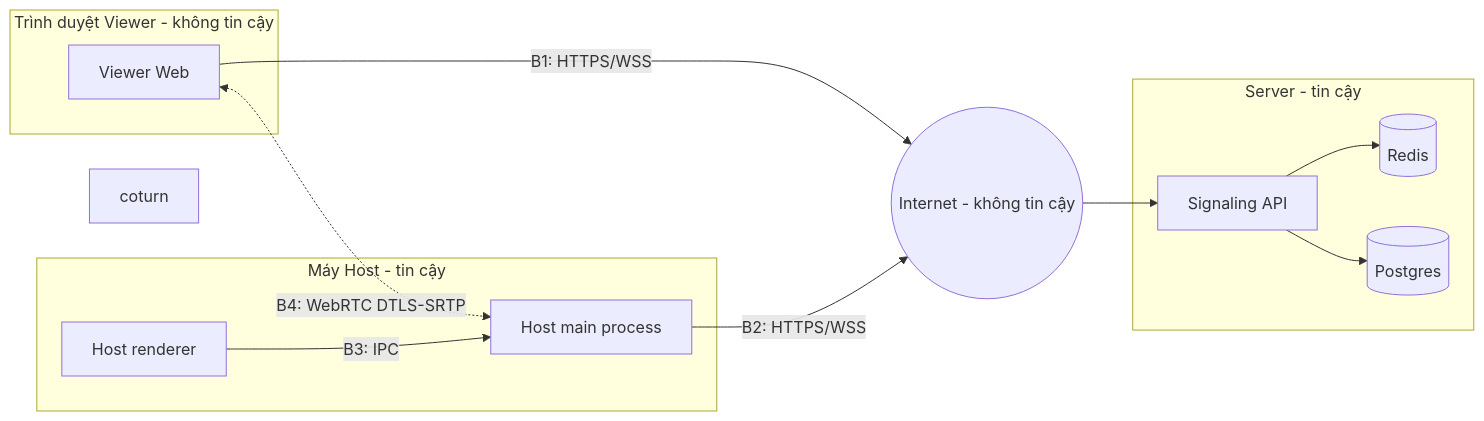
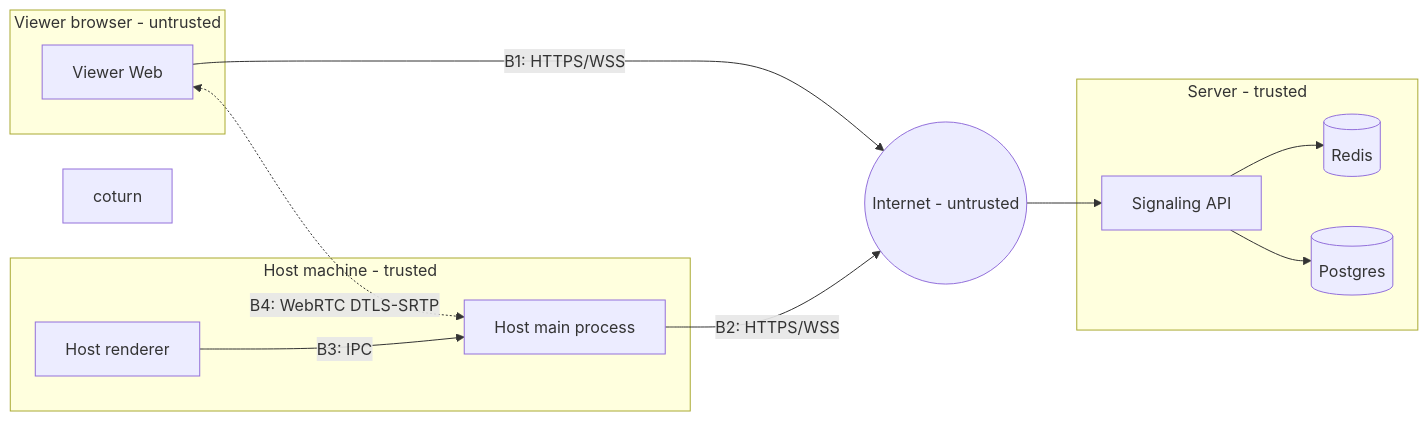
One commit to dunguyen-311201/PBL4 changed the diagram in docs/05-security.md. Above: the diagram before and after it, drawn with Mermaid. The commit also changed other lines of this file and 12 other files, not shown here.

````diff
--- a/docs/05-security.md
+++ b/docs/05-security.md
@@ -22,24 +22,24 @@
 ```mermaid
 flowchart LR
-    subgraph T1[Máy Host - tin cậy]
+    subgraph T1[Host machine - trusted]
         HM[Host main process]
         HR[Host renderer]
     end
-    subgraph T2[Trình duyệt Viewer - không tin cậy]
+    subgraph T2[Viewer browser - untrusted]
         VW[Viewer Web]
     end
-    subgraph T3[Server - tin cậy]
+    subgraph T3[Server - trusted]
         API[Signaling API]
         RD[(Redis)]
         PG[(Postgres)]
     end
     TURN[coturn]
-    Internet((Internet - không tin cậy))
+    Internet((Internet - untrusted))
 
     VW -- "B1: HTTPS/WSS" --> Internet --> API
     HM -- "B2: HTTPS/WSS" --> Internet
     HR -- "B3: IPC" --> HM
     VW <-. "B4: WebRTC DTLS-SRTP" .-> HM
     API --> RD
     API --> PG
 ```
````
